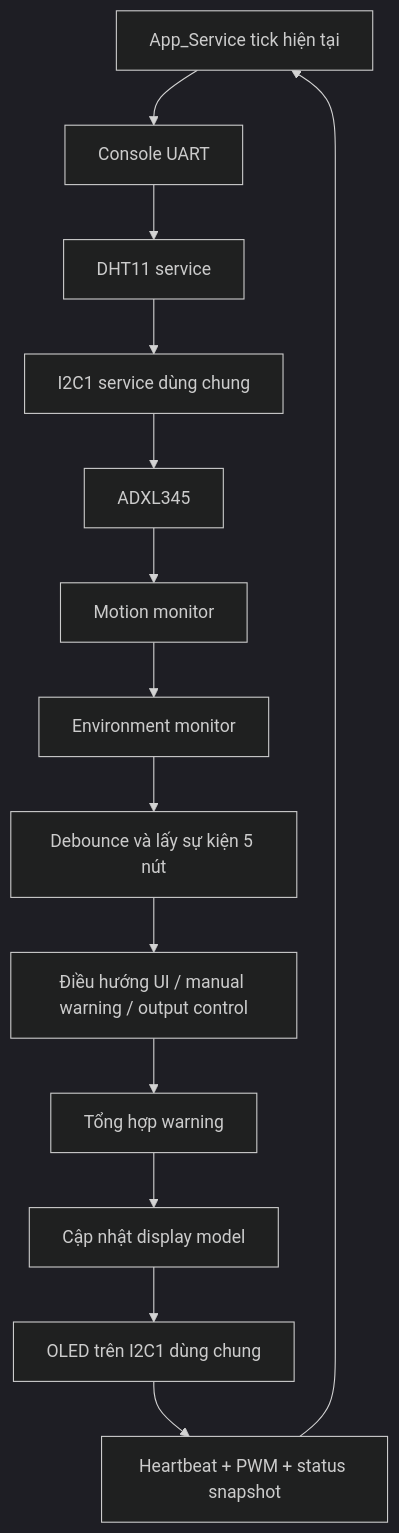
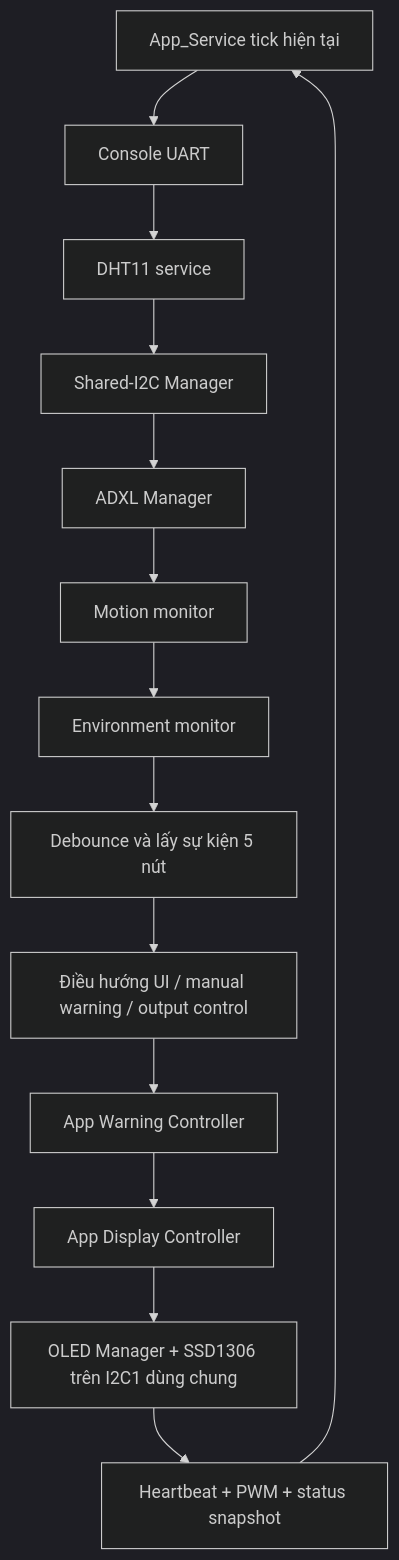
Before and after one commit to DontMindMe129/bluetooth-control-device: the first of 4 diagrams in docs/firmware-flow.md, drawn with Mermaid (dark theme). The commit also changed other lines of this file and 45 other files, not shown here.

Commit message:
feat: expand monitoring application architecture

````diff
--- a/docs/firmware-flow.md
+++ b/docs/firmware-flow.md
@@ -5,16 +5,16 @@
 ```mermaid
 flowchart TD
     A[App_Service tick hiện tại] --> B[Console UART]
     B --> C[DHT11 service]
-    C --> D[I2C1 service dùng chung]
-    D --> E[ADXL345]
+    C --> D[Shared-I2C Manager]
+    D --> E[ADXL Manager]
     E --> F[Motion monitor]
     F --> G[Environment monitor]
     G --> H[Debounce và lấy sự kiện 5 nút]
     H --> I[Điều hướng UI / manual warning / output control]
-    I --> J[Tổng hợp warning]
-    J --> K[Cập nhật display model]
-    K --> L[OLED trên I2C1 dùng chung]
+    I --> J[App Warning Controller]
+    J --> K[App Display Controller]
+    K --> L[OLED Manager + SSD1306 trên I2C1 dùng chung]
     L --> M[Heartbeat + PWM + status snapshot]
     M --> A
 ```
````
